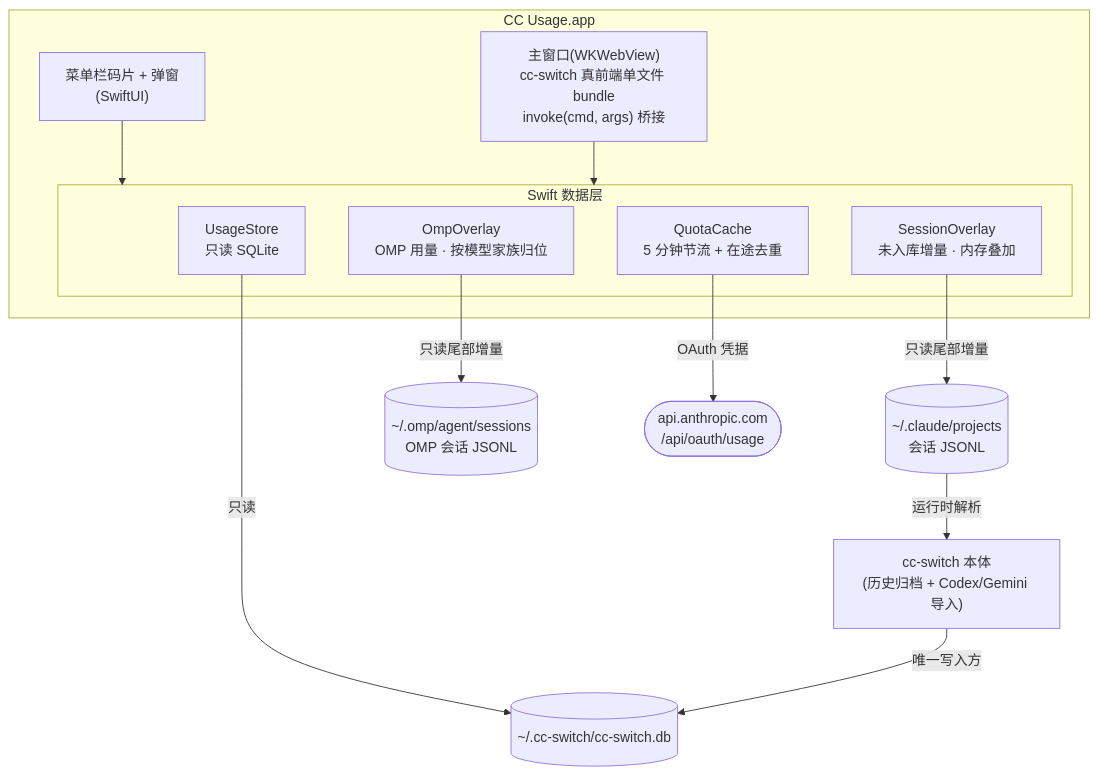
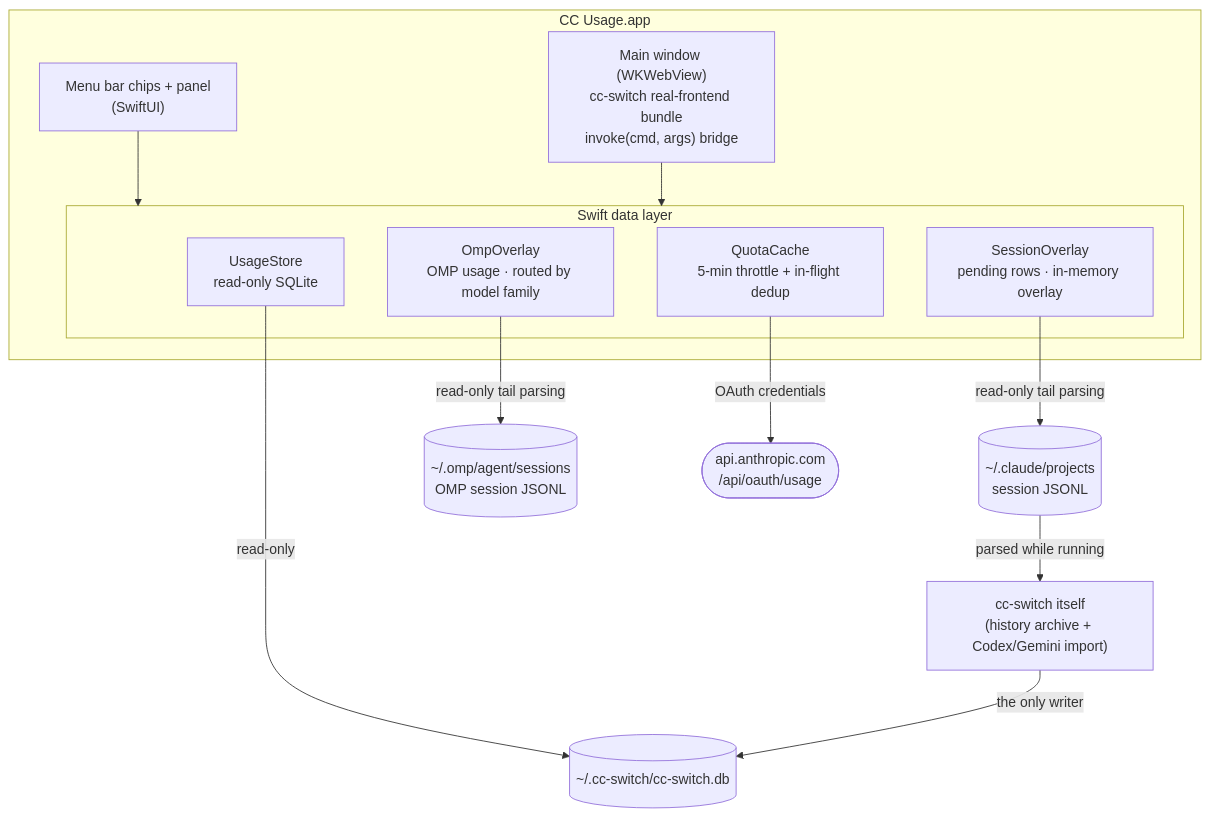
Before and after one commit to Eureka0w0v0/cc-usage: the diagram in README.md, drawn with Mermaid. The commit also changed other lines of this file and 2 other files, not shown here.

````diff
--- a/README.md
+++ b/README.md
@@ -82,27 +82,27 @@
 ```mermaid
 flowchart TB
     subgraph app["CC Usage.app"]
-        menubar["菜单栏码片 + 弹窗<br/>(SwiftUI)"]
-        panel["主窗口(WKWebView)<br/>cc-switch 真前端单文件 bundle<br/>invoke(cmd, args) 桥接"]
-        subgraph layer["Swift 数据层"]
-            UsageStore["UsageStore<br/>只读 SQLite"]
-            SessionOverlay["SessionOverlay<br/>未入库增量 · 内存叠加"]
-            OmpOverlay["OmpOverlay<br/>OMP 用量 · 按模型家族归位"]
-            QuotaCache["QuotaCache<br/>5 分钟节流 + 在途去重"]
+        menubar["Menu bar chips + panel<br/>(SwiftUI)"]
+        panel["Main window (WKWebView)<br/>cc-switch real-frontend bundle<br/>invoke(cmd, args) bridge"]
+        subgraph layer["Swift data layer"]
+            UsageStore["UsageStore<br/>read-only SQLite"]
+            SessionOverlay["SessionOverlay<br/>pending rows · in-memory overlay"]
+            OmpOverlay["OmpOverlay<br/>OMP usage · routed by model family"]
+            QuotaCache["QuotaCache<br/>5-min throttle + in-flight dedup"]
         end
         menubar --> layer
         panel --> layer
     end
     db[("~/.cc-switch/cc-switch.db")]
-    jsonl[("~/.claude/projects<br/>会话 JSONL")]
-    ompjsonl[("~/.omp/agent/sessions<br/>OMP 会话 JSONL")]
+    jsonl[("~/.claude/projects<br/>session JSONL")]
+    ompjsonl[("~/.omp/agent/sessions<br/>OMP session JSONL")]
     api(["api.anthropic.com<br/>/api/oauth/usage"])
-    ccswitch["cc-switch 本体<br/>(历史归档 + Codex/Gemini 导入)"]
+    ccswitch["cc-switch itself<br/>(history archive + Codex/Gemini import)"]
 
-    UsageStore -->|"只读"| db
-    SessionOverlay -->|"只读尾部增量"| jsonl
-    OmpOverlay -->|"只读尾部增量"| ompjsonl
-    QuotaCache -->|"OAuth 凭据"| api
-    jsonl -->|"运行时解析"| ccswitch
-    ccswitch -->|"唯一写入方"| db
+    UsageStore -->|"read-only"| db
+    SessionOverlay -->|"read-only tail parsing"| jsonl
+    OmpOverlay -->|"read-only tail parsing"| ompjsonl
+    QuotaCache -->|"OAuth credentials"| api
+    jsonl -->|"parsed while running"| ccswitch
+    ccswitch -->|"the only writer"| db
 ```
````
